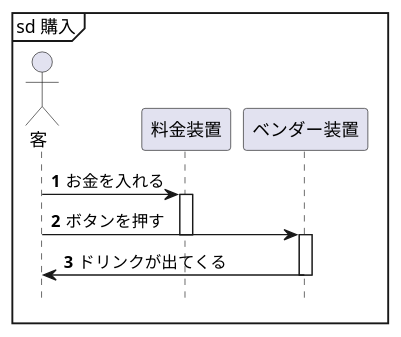
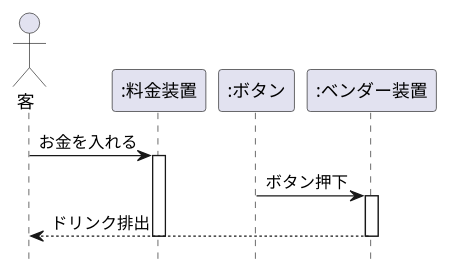
The diagram in 演習６/演習6-4-3_シーケンス図_自動販売機.pu (Kuya0307/unl-introduction), drawn with PlantUML before and after one commit. The commit also changed 7 other files, not shown here.

```diff
--- a/演習６/演習6-4-3_シーケンス図_自動販売機.pu
+++ b/演習６/演習6-4-3_シーケンス図_自動販売機.pu
@@ -1,17 +1,15 @@
 @startuml シーケンス図
 hide footbox
-Actor 客 as cos
-participant 料金装置 as money
-participant ベンダー装置 as ben
+actor 客
+participant ":料金装置" as 装置
+participant ":ボタン" as ボタン
+participant ":ベンダー装置" as ベンダー
 
-autonumber
-
-mainframe sd 購入
-cos -> money : お金を入れる
-activate money
-cos -> ben : ボタンを押す
-deactivate
-activate ben
-ben -> cos : ドリンクが出てくる
-deactivate
+客 -> 装置: お金を入れる
+activate 装置
+ボタン -> ベンダー: ボタン押下
+activate ベンダー
+ベンダー --> 客: ドリンク排出
+deactivate 装置
+deactivate ベンダー
 @enduml
```
